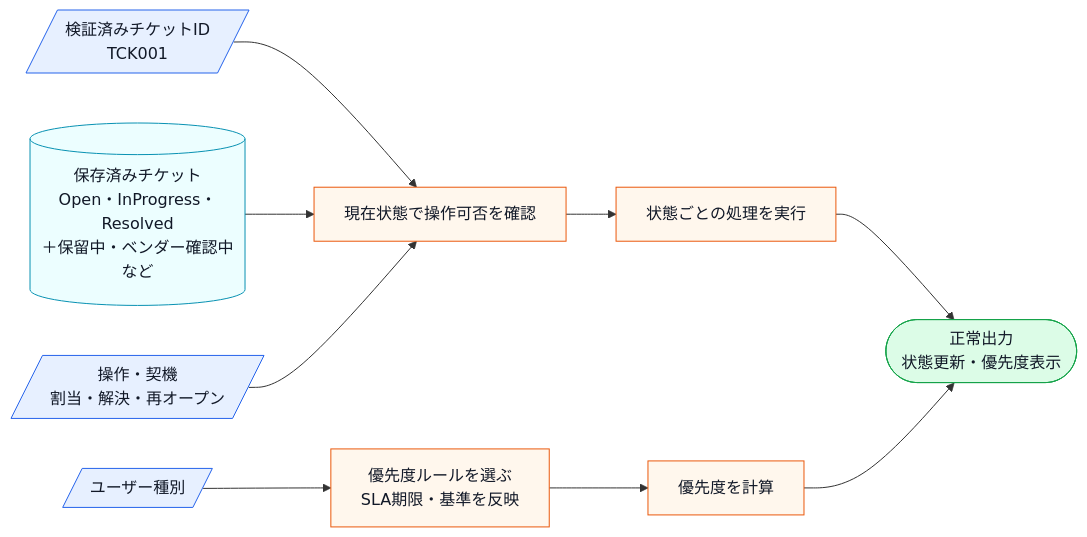
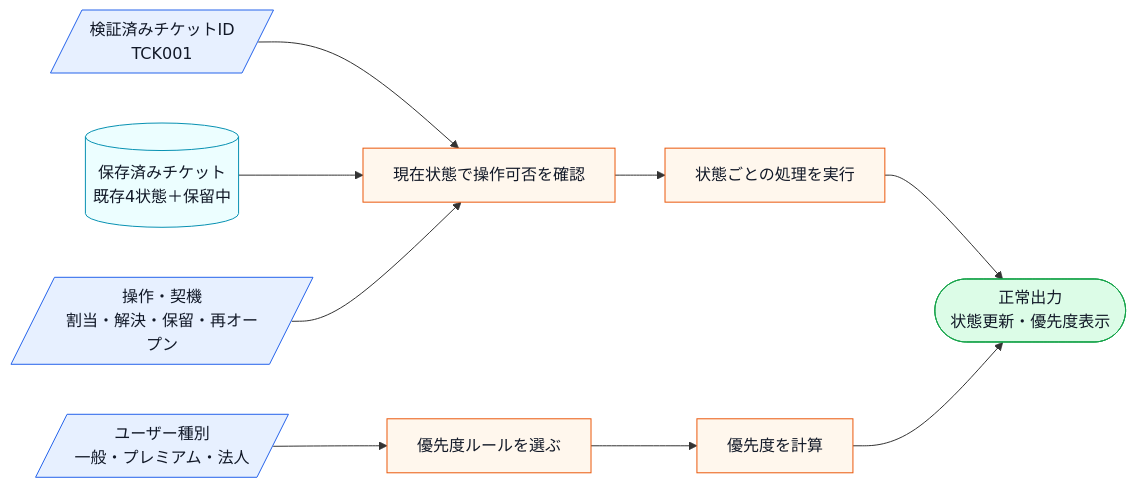
Before and after one commit to kumachan1101-pixel/DesignPattern: the fifth of 15 diagrams in kindle/design-patterns/output/chapter09_2.md, drawn with Mermaid. The commit also changed other lines of this file and 14 other files, not shown here.

Commit message:
全章の仕様図と変更対象外基盤を整合

````diff
--- a/kindle/design-patterns/output/chapter09_2.md
+++ b/kindle/design-patterns/output/chapter09_2.md
@@ -509,17 +589,17 @@
 ```mermaid
 flowchart LR
     A[/検証済みチケットID<br>TCK001/]:::input --> D[現在状態で操作可否を確認]:::process
-    C[(保存済みチケット<br>Open・InProgress・Resolved<br>＋保留中・ベンダー確認中など)]:::data --> D
-    E[/ユーザー種別/]:::input --> F[優先度ルールを選ぶ<br>SLA期限・基準を反映]:::process
-    G[/操作・契機<br>割当・解決・再オープン/]:::input --> D
+    C[(保存済みチケット<br>既存4状態＋保留中)]:::data --> D
+    E[/ユーザー種別<br>一般・プレミアム・法人/]:::input --> F[優先度ルールを選ぶ]:::process
+    G[/操作・契機<br>割当・解決・保留・再オープン/]:::input --> D
     D --> H[状態ごとの処理を実行]:::process
     F --> I[優先度を計算]:::process
     H --> J([正常出力<br>状態更新・優先度表示]):::normal
     I --> J
 
     classDef data fill:#ecfeff,stroke:#0891b2,color:#111827;
     classDef input fill:#e7f0ff,stroke:#2563eb,color:#111827;
     classDef process fill:#fff7ed,stroke:#ea580c,color:#111827;
     classDef decision fill:#fef9c3,stroke:#ca8a04,color:#111827;
     classDef normal fill:#dcfce7,stroke:#16a34a,color:#111827;
 ```
````
